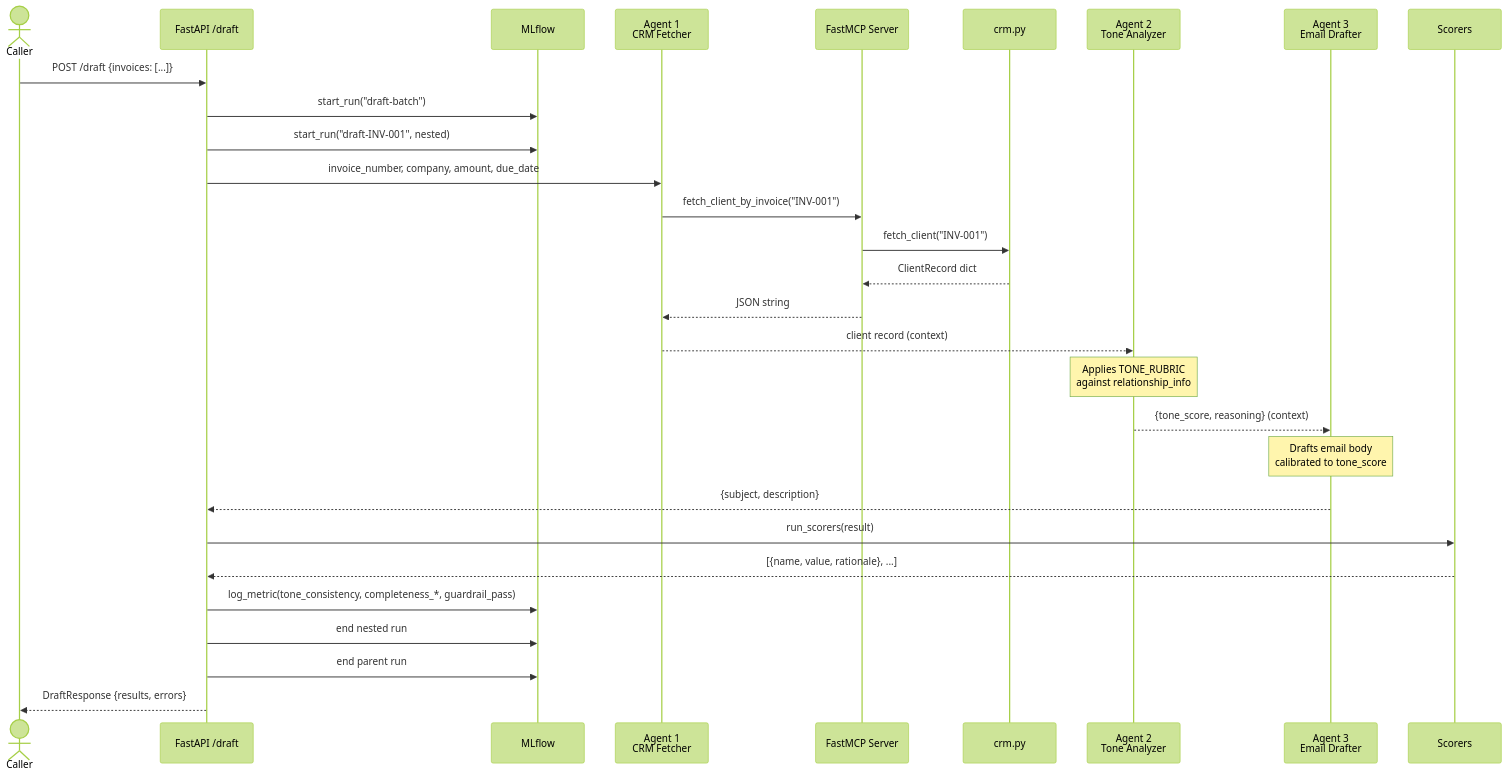
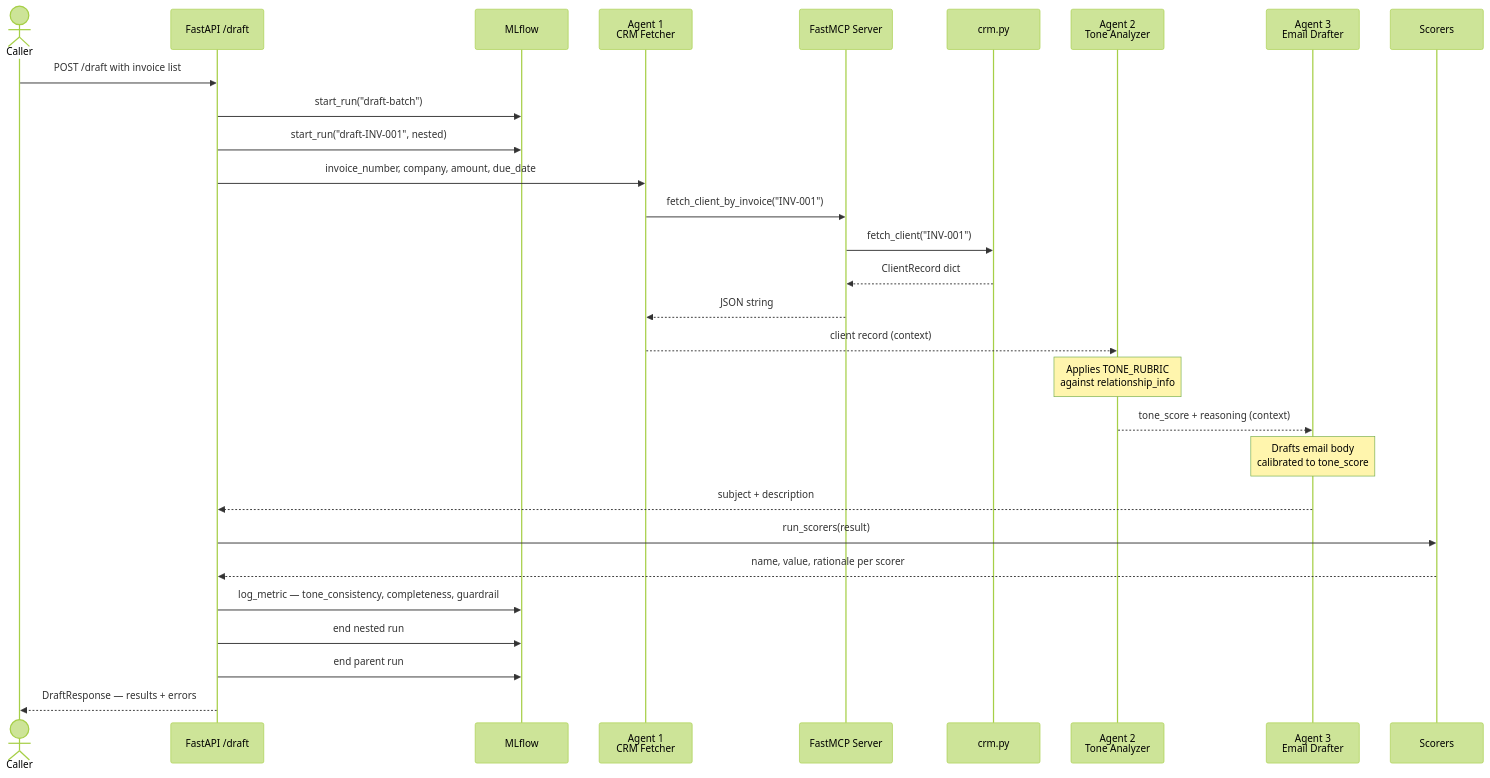
The fifth of 9 diagrams in DESIGN.md (Avii3301/cashCollection-A2A), drawn with Mermaid (forest theme) before and after one commit. The commit also changed other lines of this file, not shown here.

Commit message:
Fix Mermaid parse errors and add professional color scheme to all diagrams

````diff
--- a/DESIGN.md
+++ b/DESIGN.md
@@ -220,37 +246,37 @@
 ```mermaid
 sequenceDiagram
     actor Caller
     participant API as FastAPI /draft
     participant MLf as MLflow
     participant A1 as Agent 1<br/>CRM Fetcher
     participant MCP as FastMCP Server
     participant CRM as crm.py
     participant A2 as Agent 2<br/>Tone Analyzer
     participant A3 as Agent 3<br/>Email Drafter
     participant Eval as Scorers
 
-    Caller->>API: POST /draft {invoices: [...]}
+    Caller->>API: POST /draft with invoice list
     API->>MLf: start_run("draft-batch")
     API->>MLf: start_run("draft-INV-001", nested)
 
     API->>A1: invoice_number, company, amount, due_date
     A1->>MCP: fetch_client_by_invoice("INV-001")
     MCP->>CRM: fetch_client("INV-001")
     CRM-->>MCP: ClientRecord dict
     MCP-->>A1: JSON string
 
     A1-->>A2: client record (context)
     Note over A2: Applies TONE_RUBRIC<br/>against relationship_info
-    A2-->>A3: {tone_score, reasoning} (context)
+    A2-->>A3: tone_score + reasoning (context)
 
     Note over A3: Drafts email body<br/>calibrated to tone_score
-    A3-->>API: {subject, description}
+    A3-->>API: subject + description
 
     API->>Eval: run_scorers(result)
-    Eval-->>API: [{name, value, rationale}, ...]
-    API->>MLf: log_metric(tone_consistency, completeness_*, guardrail_pass)
+    Eval-->>API: name, value, rationale per scorer
+    API->>MLf: log_metric — tone_consistency, completeness, guardrail
     API->>MLf: end nested run
     API->>MLf: end parent run
 
-    API-->>Caller: DraftResponse {results, errors}
+    API-->>Caller: DraftResponse — results + errors
 ```
````
